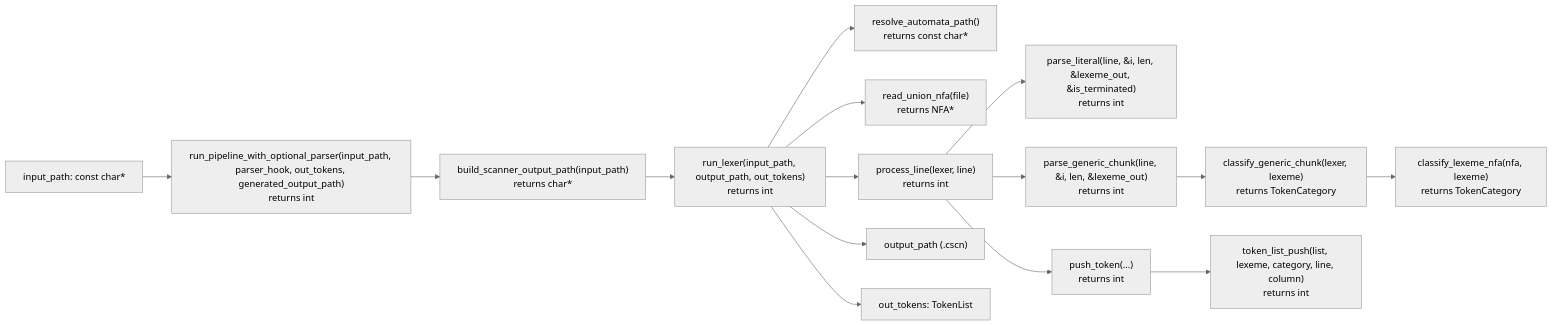
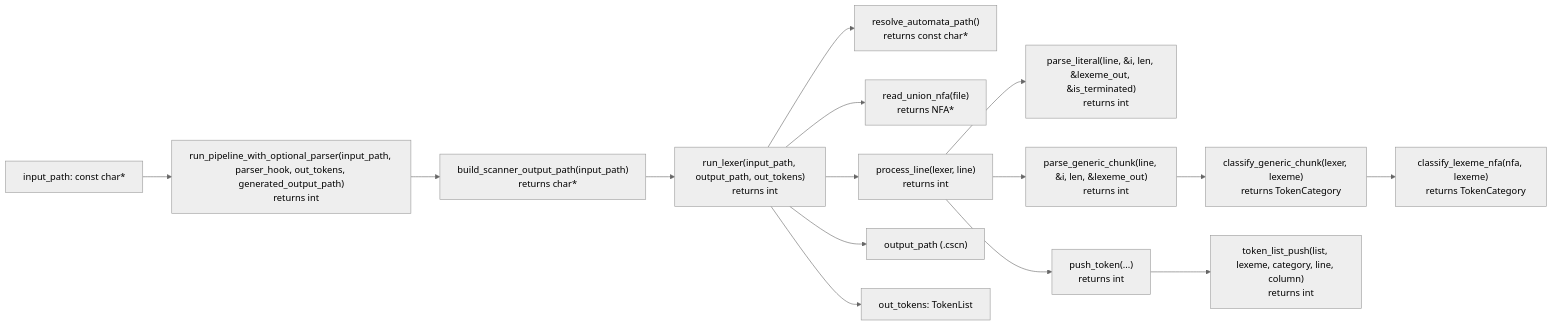
The second of 4 diagrams in p2lx/Module Diagrams.md (TtVicens41/compilers-group-GF), drawn with Mermaid (neutral theme) before and after one commit. The commit also changed other lines of this file, not shown here.

Commit message:
Format and update module diagrams removing \n

````diff
--- a/p2lx/Module Diagrams.md
+++ b/p2lx/Module Diagrams.md
@@ -22,20 +30,32 @@
 ```mermaid
 graph LR
-    IN["input_path: const char*"] --> P0["run_pipeline_with_optional_parser(input_path, parser_hook, out_tokens, generated_output_path)\nreturns int"]
-    P0 --> P1["build_scanner_output_path(input_path)\nreturns char*"]
-    P1 --> P2["run_lexer(input_path, output_path, out_tokens)\nreturns int"]
+    IN["input_path: const char*"] --> P0["run_pipeline_with_optional_parser(input_path, parser_hook, out_tokens, generated_output_path)
+    returns int"]
+    P0 --> P1["build_scanner_output_path(input_path)
+    returns char*"]
+    P1 --> P2["run_lexer(input_path, output_path, out_tokens)
+    returns int"]
 
-    P2 --> L1["resolve_automata_path()\nreturns const char*"]
-    P2 --> L2["read_union_nfa(file)\nreturns NFA*"]
-    P2 --> L3["process_line(lexer, line)\nreturns int"]
+    P2 --> L1["resolve_automata_path()
+    returns const char*"]
+    P2 --> L2["read_union_nfa(file)
+    returns NFA*"]
+    P2 --> L3["process_line(lexer, line)
+    returns int"]
 
-    L3 --> L4["parse_literal(line, &i, len, &lexeme_out, &is_terminated)\nreturns int"]
-    L3 --> L5["parse_generic_chunk(line, &i, len, &lexeme_out)\nreturns int"]
-    L5 --> L6["classify_generic_chunk(lexer, lexeme)\nreturns TokenCategory"]
-    L6 --> L7["classify_lexeme_nfa(nfa, lexeme)\nreturns TokenCategory"]
-    L3 --> L8["push_token(...)\nreturns int"]
-    L8 --> L9["token_list_push(list, lexeme, category, line, column)\nreturns int"]
+    L3 --> L4["parse_literal(line, &i, len, &lexeme_out, &is_terminated)
+    returns int"]
+    L3 --> L5["parse_generic_chunk(line, &i, len, &lexeme_out)
+    returns int"]
+    L5 --> L6["classify_generic_chunk(lexer, lexeme)
+    returns TokenCategory"]
+    L6 --> L7["classify_lexeme_nfa(nfa, lexeme)
+    returns TokenCategory"]
+    L3 --> L8["push_token(...)
+    returns int"]
+    L8 --> L9["token_list_push(list, lexeme, category, line, column)
+    returns int"]
 
     P2 --> OUT1["output_path (.cscn)"]
     P2 --> OUT2["out_tokens: TokenList"]
 ```
````
